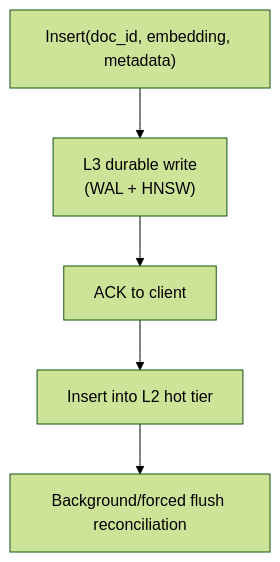
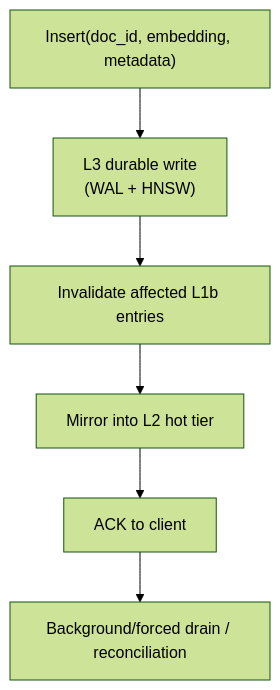
One commit to KyroDB/KyroDB changed the fourth of 4 diagrams in docs/TWO_LEVEL_CACHE_ARCHITECTURE.md. Above: the diagram before and after it, drawn with Mermaid (forest theme). The commit also changed other lines of this file and 19 other files, not shown here.

````diff
--- a/docs/TWO_LEVEL_CACHE_ARCHITECTURE.md
+++ b/docs/TWO_LEVEL_CACHE_ARCHITECTURE.md
@@ -107,7 +110,8 @@
 ```mermaid
 flowchart TD
     I["Insert(doc_id, embedding, metadata)"] --> D["L3 durable write\n(WAL + HNSW)"]
-    D --> ACK["ACK to client"]
-    ACK --> L2["Insert into L2 hot tier"]
-    L2 --> BG["Background/forced flush reconciliation"]
+    D --> INV["Invalidate affected L1b entries"]
+    INV --> L2["Mirror into L2 hot tier"]
+    L2 --> ACK["ACK to client"]
+    ACK --> BG["Background/forced drain / reconciliation"]
 ```
````
